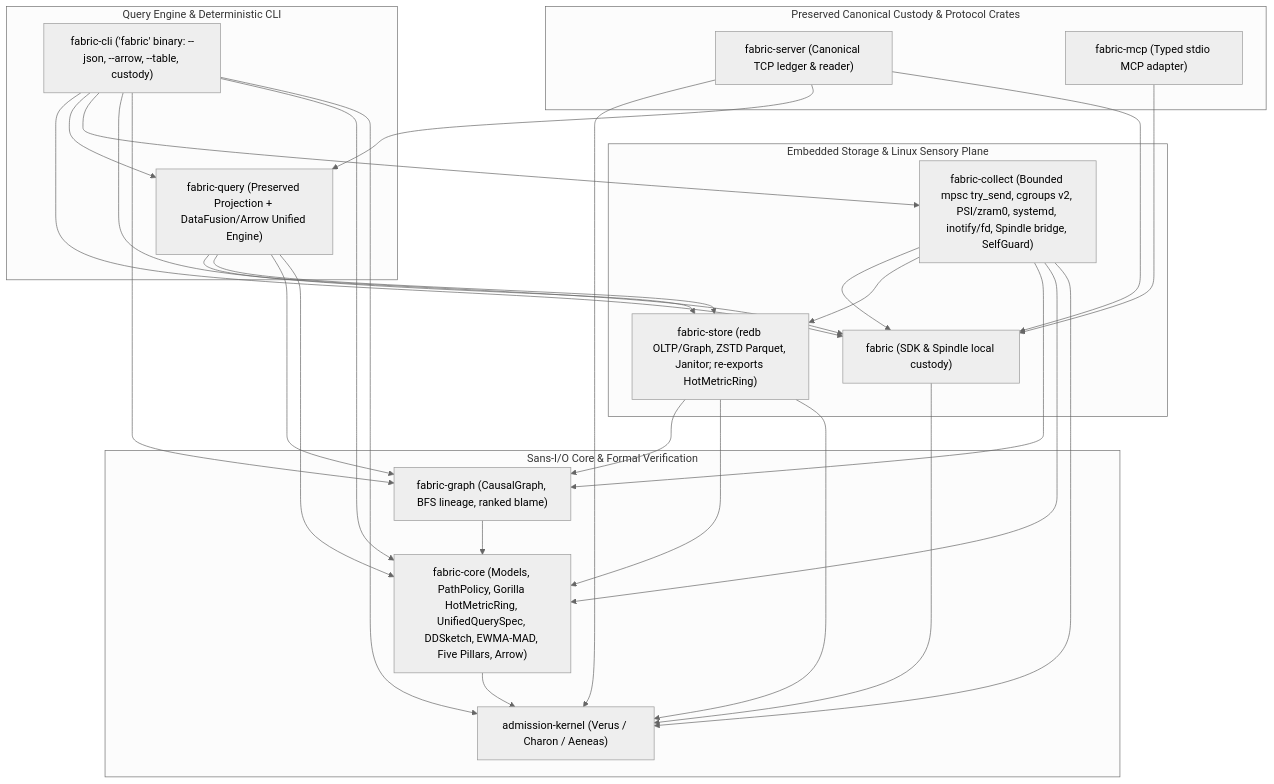
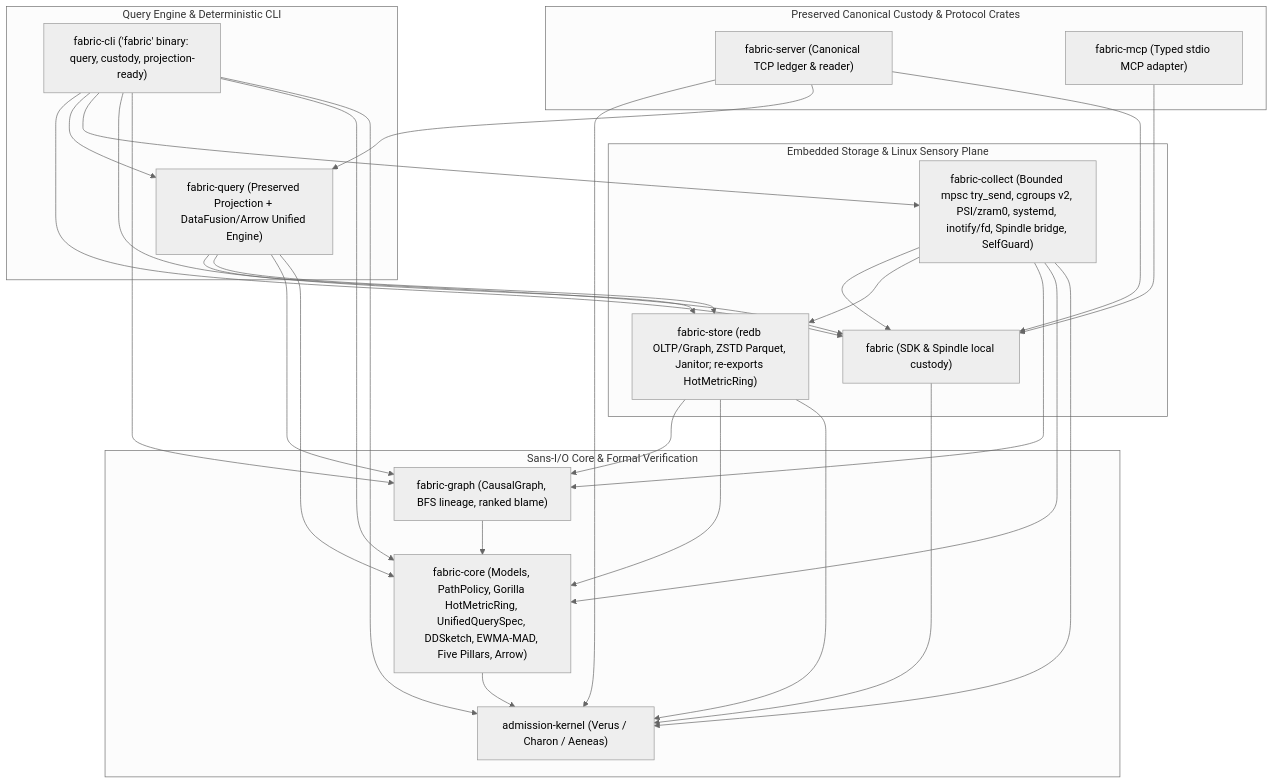
One commit to kmosoti/FabricO11y changed the first of 4 diagrams in docs/architecture.md. Above: the diagram before and after it, drawn with Mermaid (neutral theme). The commit also changed other lines of this file and 22 other files, not shown here.

````diff
--- a/docs/architecture.md
+++ b/docs/architecture.md
@@ -9,50 +9,50 @@
 ```mermaid
 flowchart TD
     subgraph SansIO["Sans-I/O Core & Formal Verification"]
         AK["admission-kernel (Verus / Charon / Aeneas)"]
         FC["fabric-core (Models, PathPolicy, Gorilla HotMetricRing, UnifiedQuerySpec, DDSketch, EWMA-MAD, Five Pillars, Arrow)"]
         FG["fabric-graph (CausalGraph, BFS lineage, ranked blame)"]
         FC --> AK
         FG --> FC
     end
 
     subgraph StorageAndCollection["Embedded Storage & Linux Sensory Plane"]
         FS["fabric-store (redb OLTP/Graph, ZSTD Parquet, Janitor; re-exports HotMetricRing)"]
         COL["fabric-collect (Bounded mpsc try_send, cgroups v2, PSI/zram0, systemd, inotify/fd, Spindle bridge, SelfGuard)"]
         FS --> AK
         FS --> FC
         FS --> FG
         COL --> AK
         COL --> FC
         COL --> FG
         COL --> FS
         COL --> FAB
     end
 
     subgraph QueryAndCLI["Query Engine & Deterministic CLI"]
         FQ["fabric-query (Preserved Projection + DataFusion/Arrow Unified Engine)"]
-        CLI["fabric-cli ('fabric' binary: --json, --arrow, --table, custody)"]
+        CLI["fabric-cli ('fabric' binary: query, custody, projection-ready)"]
         FQ --> FC
         FQ --> FG
         FQ --> FS
         FQ --> FAB
         CLI --> AK
         CLI --> FC
         CLI --> FG
         CLI --> FS
         CLI --> COL
         CLI --> FQ
         CLI --> FAB
     end
 
     subgraph PreservedCustody["Preserved Canonical Custody & Protocol Crates"]
         FAB["fabric (SDK & Spindle local custody)"]
         SRV["fabric-server (Canonical TCP ledger & reader)"]
         MCP["fabric-mcp (Typed stdio MCP adapter)"]
         FAB --> AK
         SRV --> FAB
         SRV --> FQ
         SRV --> AK
         MCP --> FAB
     end
 ```
````
